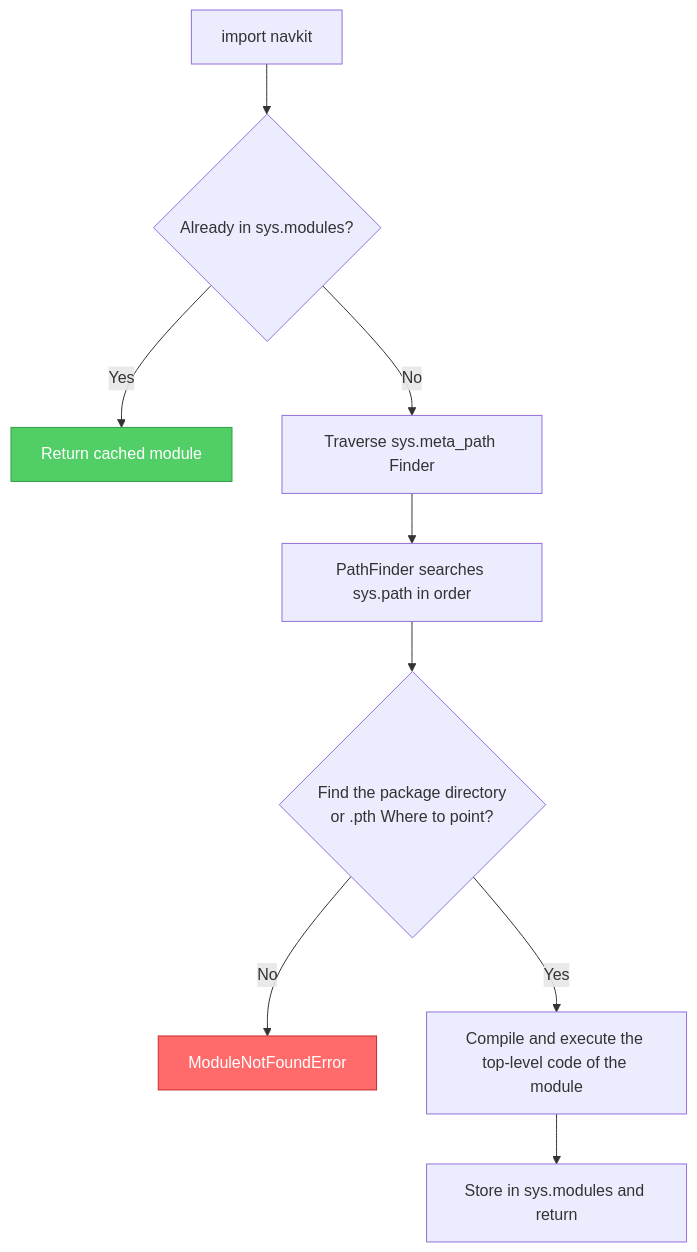
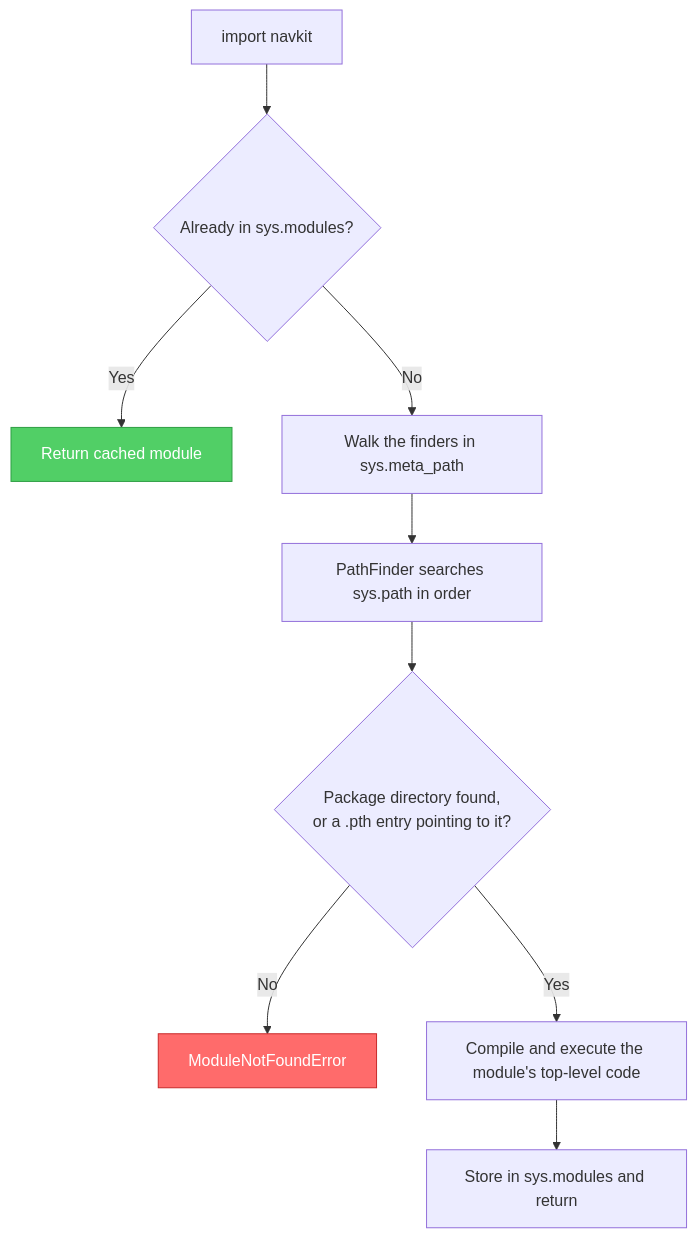
One commit to TingdeLiu/tingdeliu.github.io changed the first of 22 diagrams in _translations/en/research/Python-Engineering-Survey.md. Above: the diagram before and after it, drawn with Mermaid. The commit also changed other lines of this file and 51 other files, not shown here.

````diff
--- a/_translations/en/research/Python-Engineering-Survey.md
+++ b/_translations/en/research/Python-Engineering-Survey.md
@@ -98,13 +98,13 @@
 ```mermaid
 flowchart TB
     A["import navkit"] --> B{"Already in sys.modules?"}
     B -->|"Yes"| C["Return cached module"]
-    B -->|"No"| D["Traverse sys.meta_path Finder"]
+    B -->|"No"| D["Walk the finders in sys.meta_path"]
     D --> E["PathFinder searches sys.path in order"]
-    E --> F{"Find the package directory<br/>or .pth Where to point?"}
+    E --> F{"Package directory found,<br/>or a .pth entry pointing to it?"}
     F -->|"No"| G["ModuleNotFoundError"]
-    F -->|"Yes"| H["Compile and execute the top-level code of the module"]
+    F -->|"Yes"| H["Compile and execute the module's top-level code"]
     H --> I["Store in sys.modules and return"]
     style G fill:#ff6b6b,stroke:#c92a2a,color:#fff
     style C fill:#51cf66,stroke:#2f9e44,color:#fff
 ```
````
